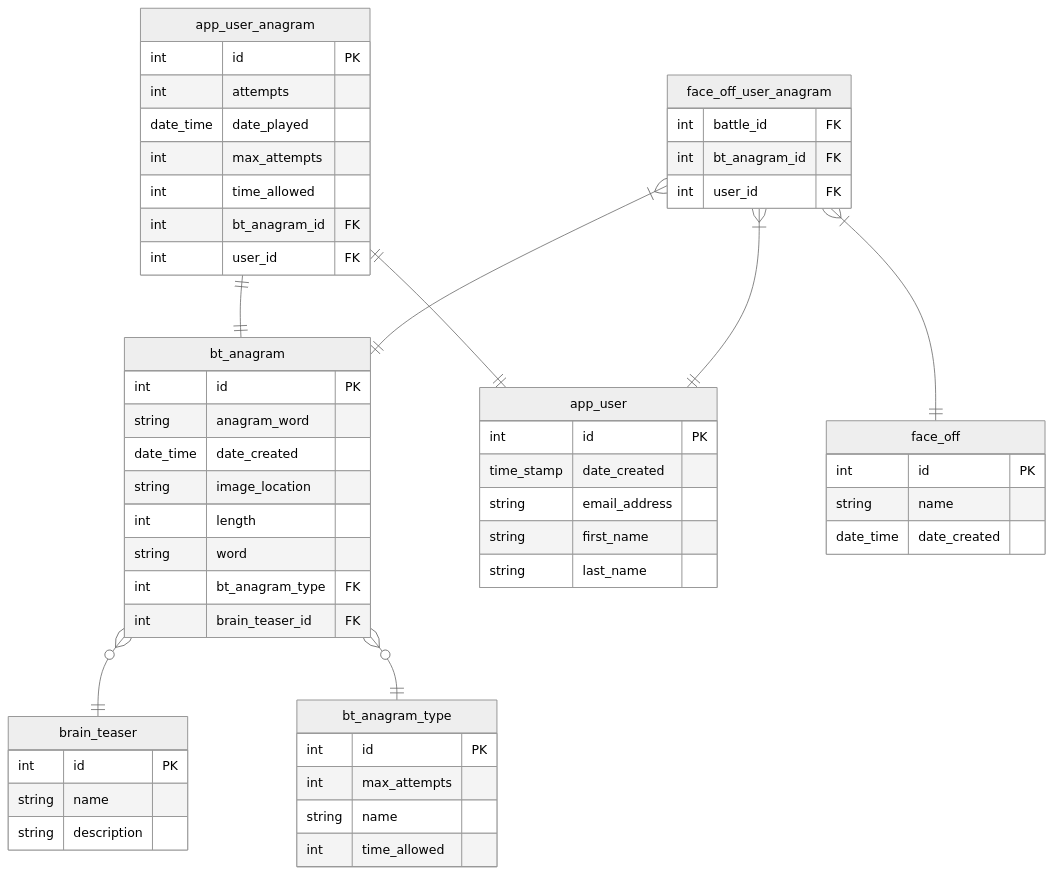
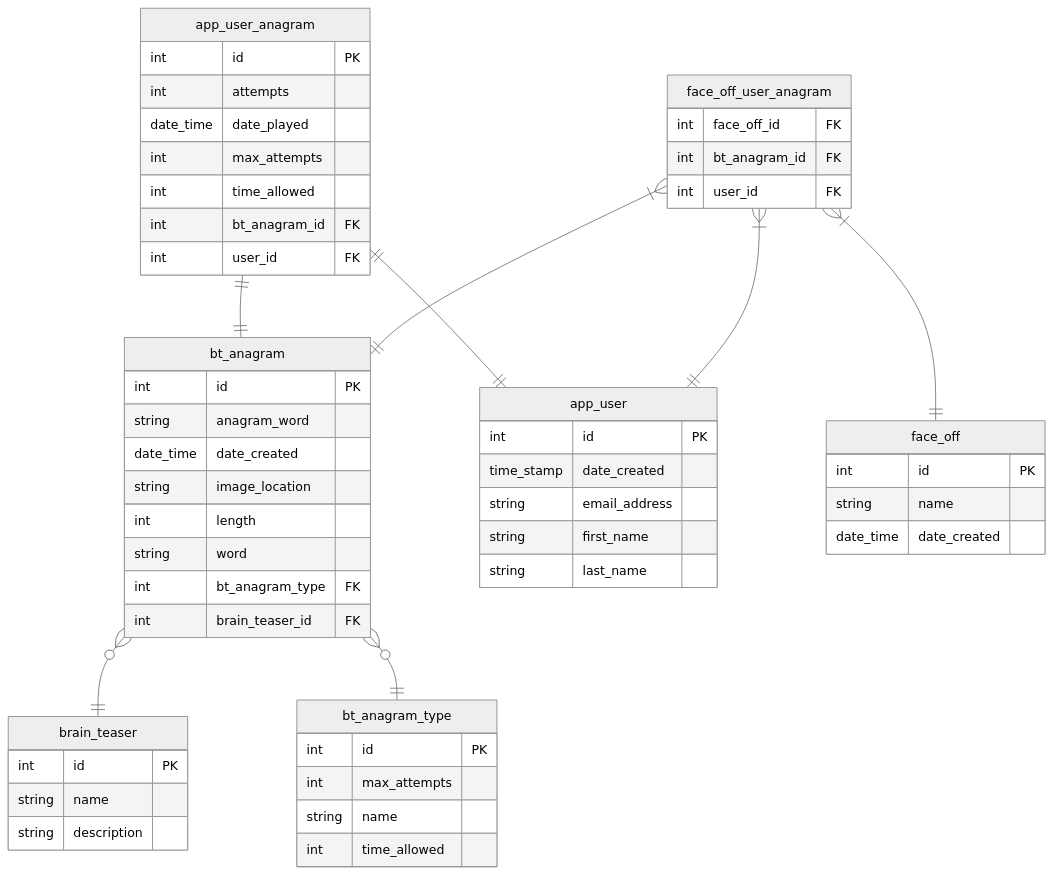
One commit to seanjamescurrie/bananagrams changed the third of 3 diagrams in README.md. Above: the diagram before and after it, drawn with Mermaid (neutral theme). The commit also changed other lines of this file, not shown here.

````diff
--- a/README.md
+++ b/README.md
@@ -149,68 +149,68 @@
 ```mermaid
 erDiagram
 
   bt_anagram }o--|| brain_teaser : ""  
   bt_anagram }o--|| bt_anagram_type : ""
   app_user_anagram ||--|| app_user : ""
   app_user_anagram ||--|| bt_anagram : ""
   face_off_user_anagram }|--|| face_off : ""
   face_off_user_anagram }|--|| bt_anagram : ""
   face_off_user_anagram }|--|| app_user : ""
   
   brain_teaser {
     int id PK
     string name
     string description
   }
   
   bt_anagram {
     int id PK
     string anagram_word
     date_time date_created
     string image_location
     int length
     string word
     int bt_anagram_type FK
     int brain_teaser_id FK
   }
   
   bt_anagram_type {
     int id PK
     int max_attempts
     string name
     int time_allowed
   }
   
   app_user_anagram {
     int id PK
     int attempts
     date_time date_played
     int max_attempts
     int time_allowed
     int bt_anagram_id FK
     int user_id FK
   }
   
   face_off {
     int id PK
     string name
     date_time date_created
   }
   
   app_user {
     int id PK
     time_stamp date_created
     string email_address
     string first_name
     string last_name
   }
   
   face_off_user_anagram {
-    int battle_id FK
+    int face_off_id FK
     int bt_anagram_id FK
     int user_id FK
   }
   
   
 
 ```
````
